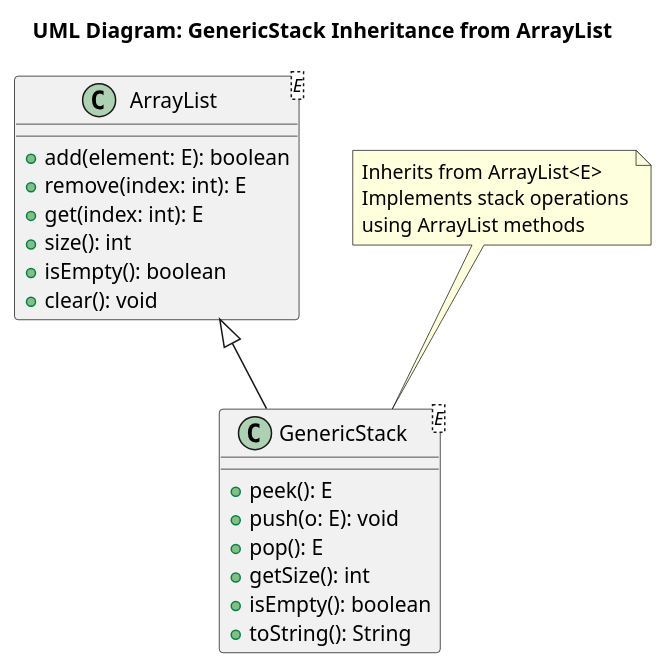
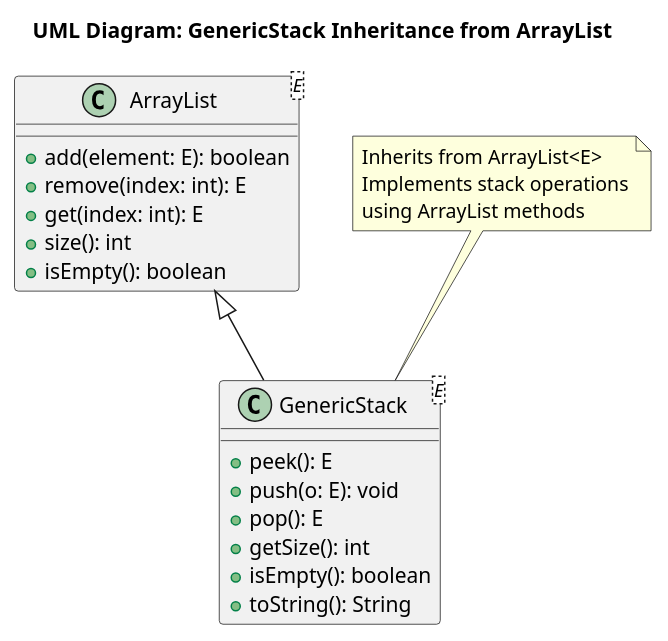
The diagram in prak5/uml1.puml (mrmin50000/HW-java), drawn with PlantUML before and after one commit.

```diff
--- a/prak5/uml1.puml
+++ b/prak5/uml1.puml
@@ -1,30 +1,29 @@
 @startuml
 title UML Diagram: GenericStack Inheritance from ArrayList
 
 class ArrayList<E> {
   +add(element: E): boolean
   +remove(index: int): E
   +get(index: int): E
   +size(): int
   +isEmpty(): boolean
-  +clear(): void
 }
 
 class GenericStack<E> {
   +peek(): E
   +push(o: E): void
   +pop(): E
   +getSize(): int
   +isEmpty(): boolean
   +toString(): String
 }
 
 ArrayList <|-- GenericStack
 
 note top of GenericStack
   Inherits from ArrayList<E>
   Implements stack operations
   using ArrayList methods
 end note
 
 @enduml
```
